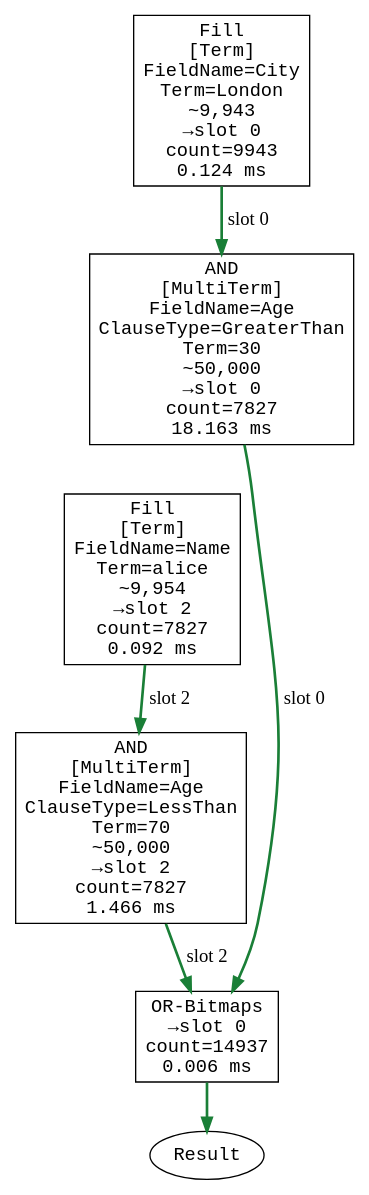
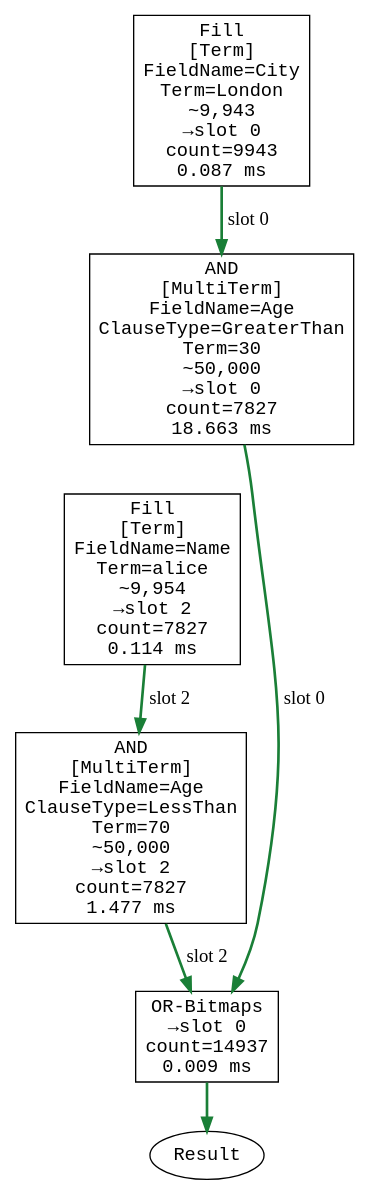
Before and after one commit to ayende/ravendb: diagram 15 of 44 in corax-query-catalog.md, drawn with Graphviz. The commit also changed other lines of this file and 1 other file, not shown here.

First line of the commit message:
RavenDB-25281 Regenerate query catalog for producer-node rendering

````diff
--- a/corax-query-catalog.md
+++ b/corax-query-catalog.md
@@ -1317,18 +1317,18 @@
 ```dot
 digraph QueryPlan {
   rankdir=TB;
-  node [shape=box, fontname="monospace"];
-  op0 [label="Fill\n[Term]\nFieldName=City\nTerm=London\n~9,943\n→slot 0\ncount=9943\n0.124 ms", data_destslot="0", data_dispatch="Term", data_fieldname="City", data_term="London", data_estimatedrows="9,943", data_count="9943", data_ms="0.124"];
-  op1 [label="AND\n[MultiTerm]\nFieldName=Age\nClauseType=GreaterThan\nTerm=30\n~50,000\n→slot 0\ncount=7827\n18.163 ms", data_destslot="0", data_dispatch="MultiTerm", data_fieldname="Age", data_term="30", data_clausetype="GreaterThan", data_estimatedrows="50,000", data_count="7827", data_ms="18.163"];
-  op2 [label="Fill\n[Term]\nFieldName=Name\nTerm=alice\n~9,954\n→slot 2\ncount=7827\n0.092 ms", data_destslot="2", data_dispatch="Term", data_fieldname="Name", data_term="alice", data_estimatedrows="9,954", data_count="7827", data_ms="0.092"];
-  op3 [label="AND\n[MultiTerm]\nFieldName=Age\nClauseType=LessThan\nTerm=70\n~50,000\n→slot 2\ncount=7827\n1.466 ms", data_destslot="2", data_dispatch="MultiTerm", data_fieldname="Age", data_term="70", data_clausetype="LessThan", data_estimatedrows="50,000", data_count="7827", data_ms="1.466"];
-  op4 [label="OR-Bitmaps\n→slot 0\ncount=14937\n0.006 ms", data_destslot="0", data_sourceslot="2", data_count="14937", data_ms="0.006"];
-  result [shape=ellipse, label="Result"];
-  op0 -> op1 [style=bold, color="#1a7f37", label="slot 0"];
-  op2 -> op3 [style=bold, color="#1a7f37", label="slot 2"];
-  op1 -> op4 [style=bold, color="#1a7f37", label="slot 0"];
-  op3 -> op4 [style=bold, color="#1a7f37", label="slot 2"];
-  op4 -> result [style=bold, color="#1a7f37"];
-  op1 -> op2 [style=invis];
+  node [shape="box", fontname="monospace"];
+  op0 [label="Fill\n[Term]\nFieldName=City\nTerm=London\n~9,943\n→slot 0\ncount=9943\n0.087 ms", data_operation="Fill", data_destslot="0", data_dispatch="Term", data_fieldname="City", data_term="London", data_estimatedrows="9,943", data_count="9943", data_ms="0.087", data_taken="True"];
+  op1 [label="AND\n[MultiTerm]\nFieldName=Age\nClauseType=GreaterThan\nTerm=30\n~50,000\n→slot 0\ncount=7827\n18.663 ms", data_operation="AND", data_destslot="0", data_dispatch="MultiTerm", data_fieldname="Age", data_term="30", data_clausetype="GreaterThan", data_estimatedrows="50,000", data_count="7827", data_ms="18.663", data_taken="True"];
+  op2 [label="Fill\n[Term]\nFieldName=Name\nTerm=alice\n~9,954\n→slot 2\ncount=7827\n0.114 ms", data_operation="Fill", data_destslot="2", data_dispatch="Term", data_fieldname="Name", data_term="alice", data_estimatedrows="9,954", data_count="7827", data_ms="0.114", data_taken="True"];
+  op3 [label="AND\n[MultiTerm]\nFieldName=Age\nClauseType=LessThan\nTerm=70\n~50,000\n→slot 2\ncount=7827\n1.477 ms", data_operation="AND", data_destslot="2", data_dispatch="MultiTerm", data_fieldname="Age", data_term="70", data_clausetype="LessThan", data_estimatedrows="50,000", data_count="7827", data_ms="1.477", data_taken="True"];
+  op4 [label="OR-Bitmaps\n→slot 0\ncount=14937\n0.009 ms", data_operation="OR-Bitmaps", data_destslot="0", data_sourceslot="2", data_count="14937", data_ms="0.009", data_taken="True"];
+  result [shape="ellipse", label="Result", data_operation="Result"];
+  op0 -> op1 [style="bold", color="#1a7f37", label="slot 0", data_kind="dataflow", data_slot="0", data_flow="on"];
+  op2 -> op3 [style="bold", color="#1a7f37", label="slot 2", data_kind="dataflow", data_slot="2", data_flow="on"];
+  op1 -> op4 [style="bold", color="#1a7f37", label="slot 0", data_kind="dataflow", data_slot="0", data_flow="on"];
+  op3 -> op4 [style="bold", color="#1a7f37", label="slot 2", data_kind="dataflow", data_slot="2", data_flow="on"];
+  op4 -> result [style="bold", color="#1a7f37", data_kind="result", data_variant="bitmap-final", data_flow="on"];
+  op1 -> op2 [style="invis", data_kind="sequence", data_flow="invis"];
 }
 ```
````
